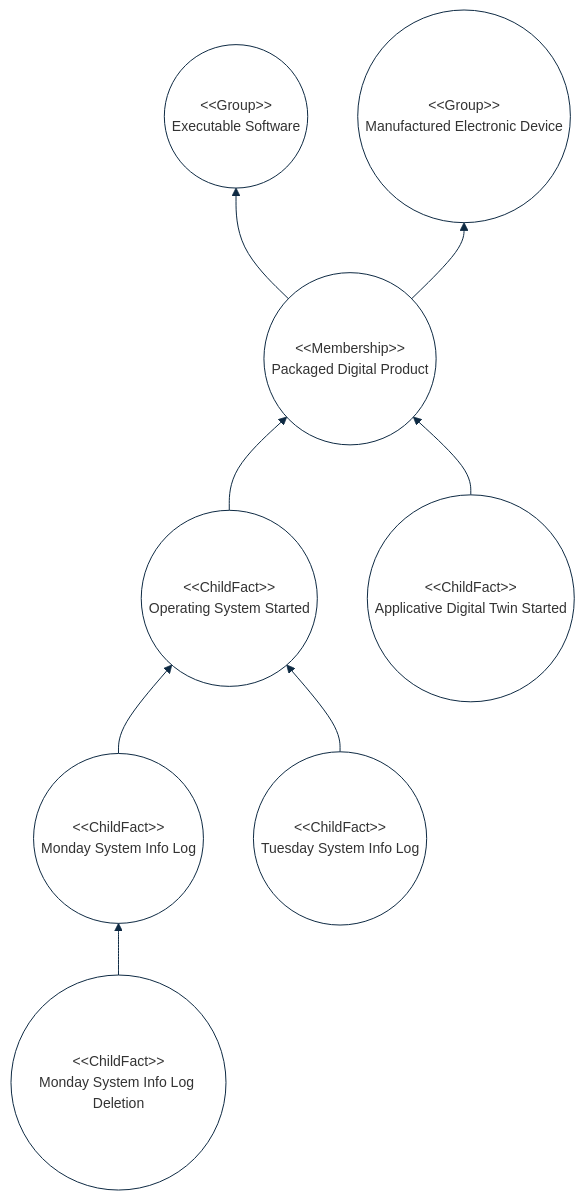
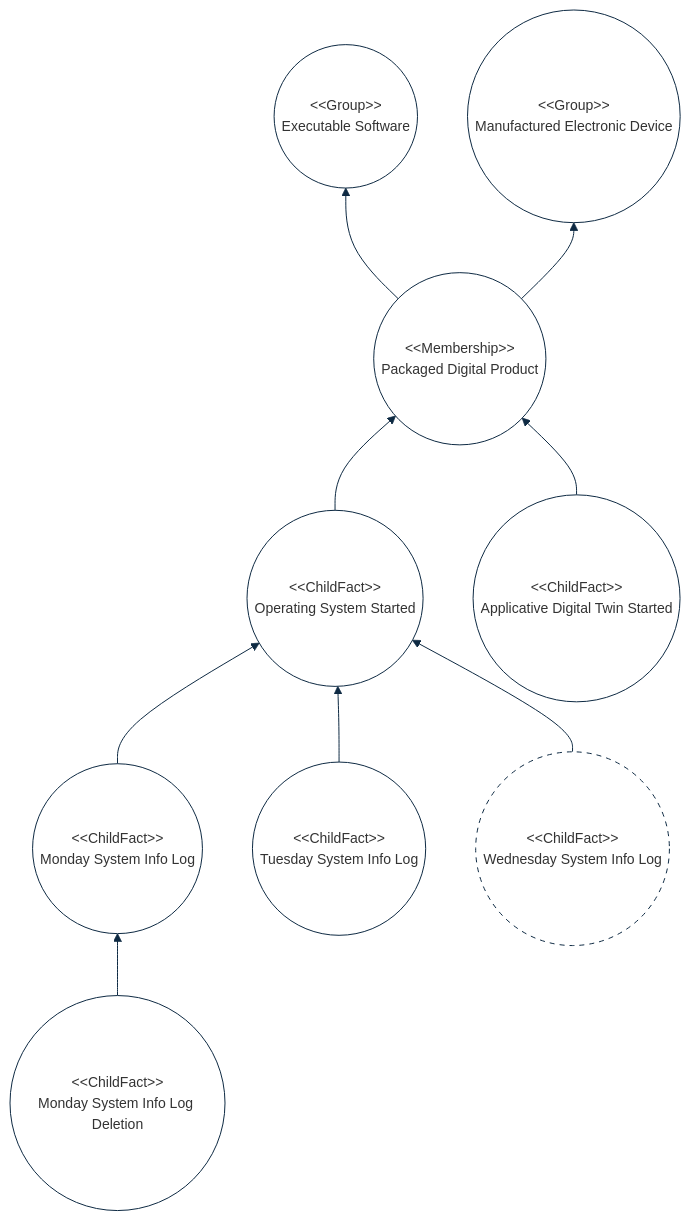
One commit to cybnity/foundation changed the second of 2 diagrams in implementations-line/framework/immutable/README.md. Above: the diagram before and after it, drawn with Mermaid.

````diff
--- a/implementations-line/framework/immutable/README.md
+++ b/implementations-line/framework/immutable/README.md
@@ -135,33 +135,34 @@
 ```mermaid
 %%{
   init: {
     'theme': 'base',
     'themeVariables': {
         'background': '#ffffff',
         'fontFamily': 'arial',
         'fontSize': '14px',
         'primaryColor': '#fff',
         'primaryBorderColor': '#0e2a43',
         'secondaryBorderColor': '#0e2a43',
         'tertiaryBorderColor': '#0e2a43',
         'edgeLabelBackground':'#0e2a43',
         'lineColor': '#0e2a43',
         'tertiaryColor': '#fff'
     }
   }
 }%%
 flowchart BT
     software(("#60;#60;Group#62;#62;<br/>Executable Software"))
     electronicdevice(("#60;#60;Group#62;#62;<br/>Manufactured Electronic Device"))
     system(("#60;#60;Membership#62;#62;<br/>Packaged Digital Product")) --> software
     system --> electronicdevice
     os(("#60;#60;ChildFact#62;#62;<br/>Operating System Started")) --> system
     application(("#60;#60;ChildFact#62;#62;<br/>Applicative Digital Twin Started")) --> system
     systemlog1(("#60;#60;ChildFact#62;#62;<br/>Monday System Info Log")) --> os
     systemlog2(("#60;#60;ChildFact#62;#62;<br/>Tuesday System Info Log")) --> os
     systemlog1deletion(("#60;#60;ChildFact#62;#62;<br/>Monday System Info Log Deletion")) --> systemlog1
-
+    systemlog3(("#60;#60;ChildFact#62;#62;<br/>Wednesday System Info Log")) --> os
+    style systemlog3 stroke-dasharray: 5 5
 
 
 
 ```
````
